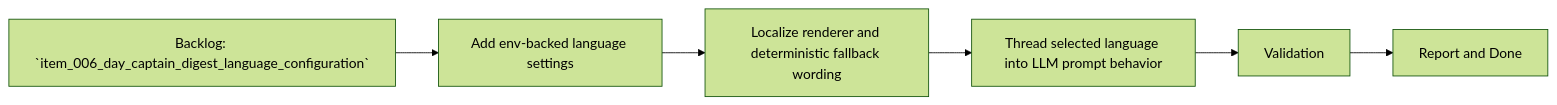
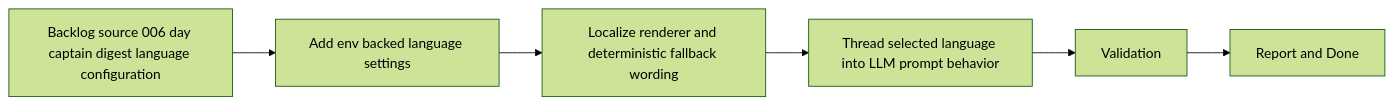
The diagram in logics/tasks/task_012_day_captain_digest_language_configuration.md (AlexAgo83/day-captain), drawn with Mermaid (forest theme) before and after one commit. The commit also changed 40 other files, not shown here.

Commit message:
Normalize Logics Mermaid diagrams

````diff
--- a/logics/tasks/task_012_day_captain_digest_language_configuration.md
+++ b/logics/tasks/task_012_day_captain_digest_language_configuration.md
@@ -18,8 +18,8 @@
 ```mermaid
 flowchart LR
-    Backlog[Backlog: `item_006_day_captain_digest_language_configuration`] --> Step1[Add env-backed language settings]
+    Backlog[Backlog source 006 day captain digest language configuration] --> Step1[Add env backed language settings]
     Step1 --> Step2[Localize renderer and deterministic fallback wording]
     Step2 --> Step3[Thread selected language into LLM prompt behavior]
     Step3 --> Validation[Validation]
     Validation --> Report[Report and Done]
 ```
````
